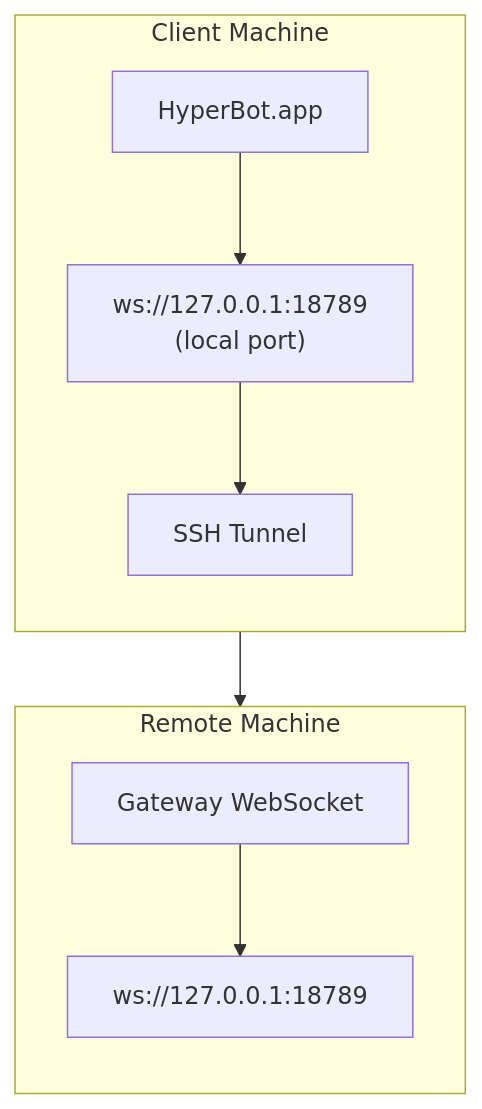
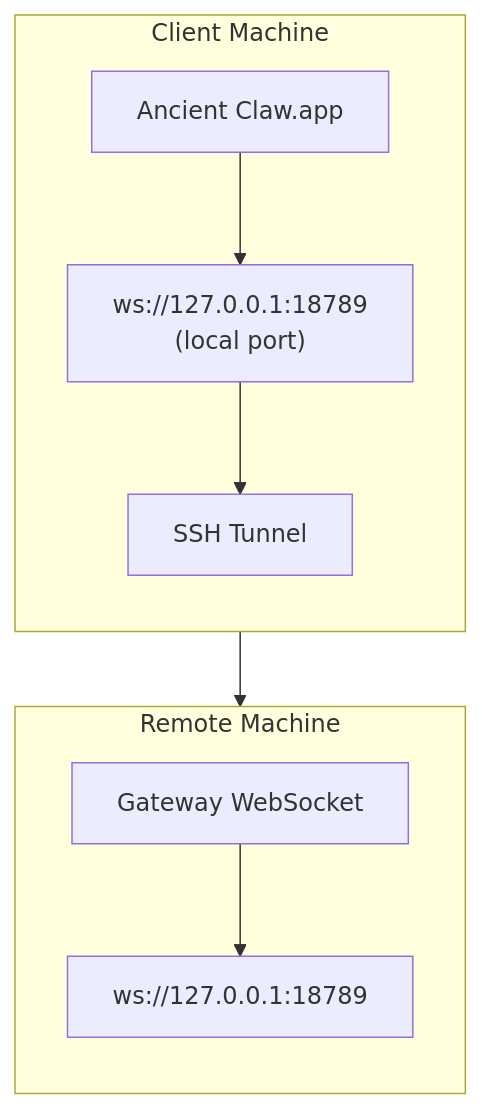
Before and after one commit to conceptlucid/Hyperbotdesktop: the diagram in docs/gateway/remote-gateway-readme.md, drawn with Mermaid. The commit also changed other lines of this file and 665 other files, not shown here.

Commit message:
Rebrand to Ancient Claw

````diff
--- a/docs/gateway/remote-gateway-readme.md
+++ b/docs/gateway/remote-gateway-readme.md
@@ -13,20 +13,20 @@
 ```mermaid
 flowchart TB
     subgraph Client["Client Machine"]
         direction TB
-        A["HyperBot.app"]
+        A["Ancient Claw.app"]
         B["ws://127.0.0.1:18789\n(local port)"]
         T["SSH Tunnel"]
 
         A --> B
         B --> T
     end
     subgraph Remote["Remote Machine"]
         direction TB
         C["Gateway WebSocket"]
         D["ws://127.0.0.1:18789"]
 
         C --> D
     end
     T --> C
 ```
````
